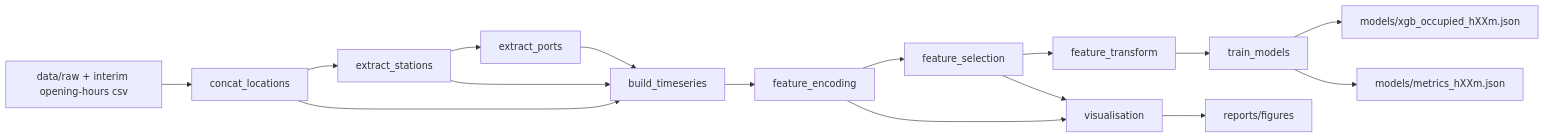
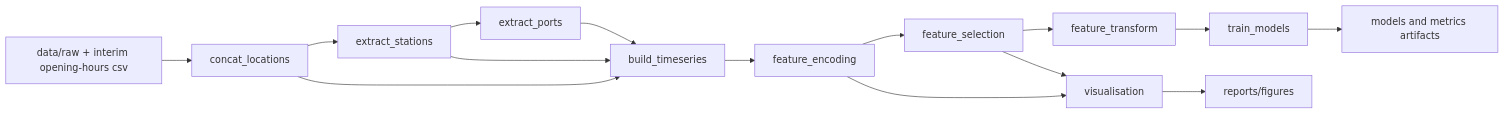
One commit to diogomsmiranda/evbuddy changed the diagram in README.md. Above: the diagram before and after it, drawn with Mermaid. The commit also changed other lines of this file, not shown here.

````diff
--- a/README.md
+++ b/README.md
@@ -47,18 +18,17 @@
 ```mermaid
 flowchart LR
   A[data/raw + interim opening-hours csv] --> B[concat_locations]
   B --> C[extract_stations]
   C --> D[extract_ports]
   B --> E[build_timeseries]
   C --> E
   D --> E
   E --> F[feature_encoding]
   F --> G[feature_selection]
   F --> H[visualisation]
   G --> H
   G --> I[feature_transform]
   I --> J[train_models]
   H --> K[reports/figures]
-  J --> L[models/xgb_occupied_hXXm.json]
-  J --> M[models/metrics_hXXm.json]
+  J --> L[models and metrics artifacts]
 ```
````
